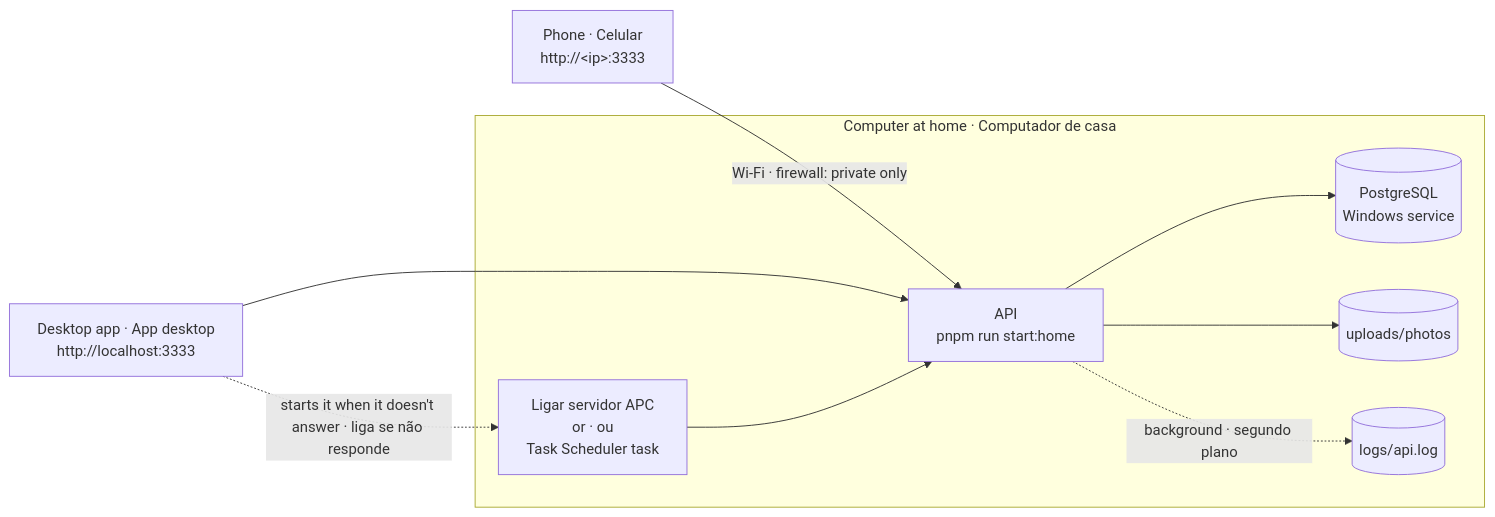
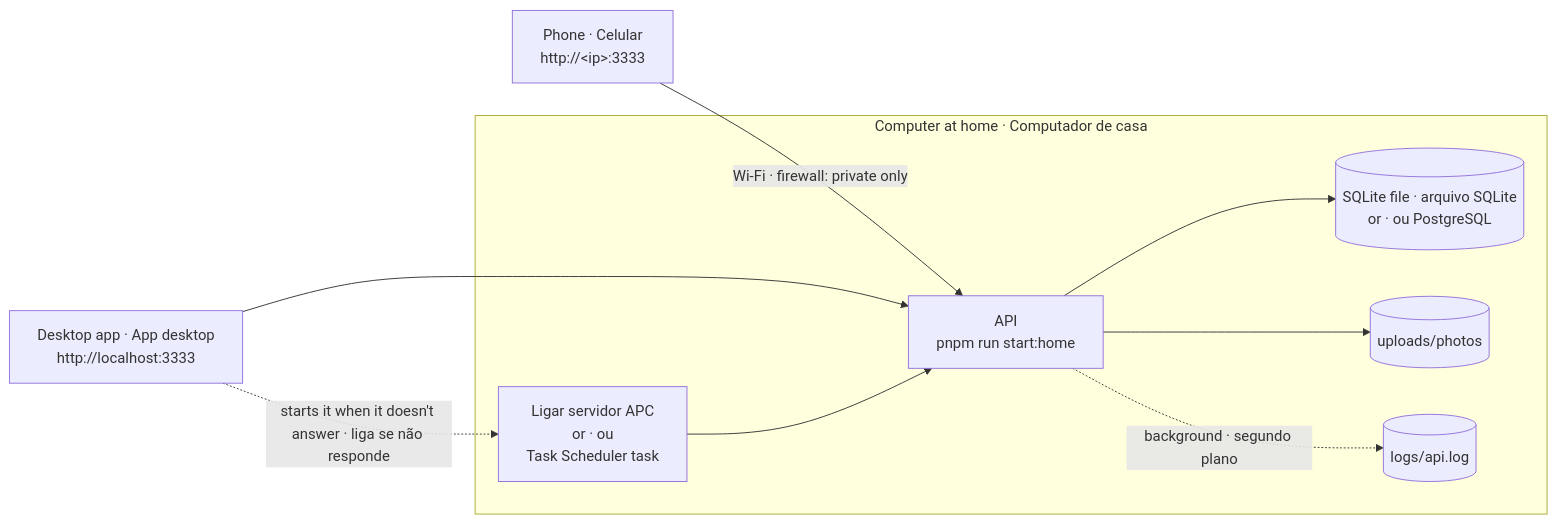
One commit to ChrisCamilo/apc-universal-repair changed the diagram in docs/home-server.md. Above: the diagram before and after it, drawn with Mermaid. The commit also changed other lines of this file and 1 other file, not shown here.

Commit message:
docs: Make SQLite the home server's first choice in the guide

````diff
--- a/docs/home-server.md
+++ b/docs/home-server.md
@@ -9,21 +9,21 @@
 ```mermaid
 flowchart LR
     phone["Phone · Celular<br/>http://&lt;ip&gt;:3333"]
     desktop["Desktop app · App desktop<br/>http://localhost:3333"]
 
     subgraph pc["Computer at home · Computador de casa"]
         start["Ligar servidor APC<br/>or · ou<br/>Task Scheduler task"]
         api["API<br/>pnpm run start:home"]
-        db[("PostgreSQL<br/>Windows service")]
+        db[("SQLite file · arquivo SQLite<br/>or · ou PostgreSQL")]
         files[("uploads/photos")]
         logs[("logs/api.log")]
     end
 
     phone -- "Wi-Fi · firewall: private only" --> api
     desktop --> api
     desktop -. "starts it when it doesn't answer · liga se não responde" .-> start
     start --> api
     api --> db
     api --> files
     api -. "background · segundo plano" .-> logs
 ```
````
